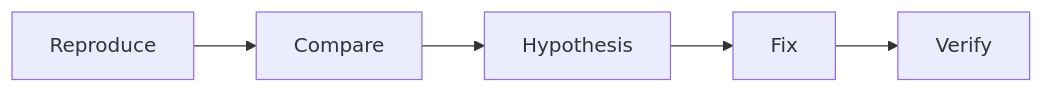
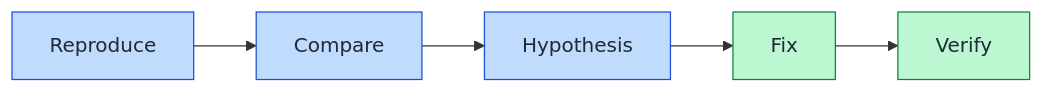
Before and after one commit to victusfate/scaffold: the diagram in docs/diagrams/pages/investigate.md, drawn with Mermaid. The commit also changed other lines of this file and 20 other files, not shown here.

First line of the commit message:
docs(diagram-explorer-md): lane colors from the diagram palette; short LLM block

````diff
--- a/docs/diagrams/pages/investigate.md
+++ b/docs/diagrams/pages/investigate.md
@@ -7,7 +7,11 @@
 ```mermaid
 flowchart LR
   n_repro["Reproduce"] --> n_compare["Compare"]
   n_compare["Compare"] --> n_hypothesis["Hypothesis"]
   n_hypothesis["Hypothesis"] --> n_fix["Fix"]
   n_fix["Fix"] --> n_verify["Verify"]
+  classDef lane0 fill:#bfdbfe,stroke:#1d4ed8,color:#1f2937
+  classDef lane1 fill:#bbf7d0,stroke:#15803d,color:#1f2937
+  class n_repro,n_compare,n_hypothesis lane0
+  class n_fix,n_verify lane1
 ```
````
